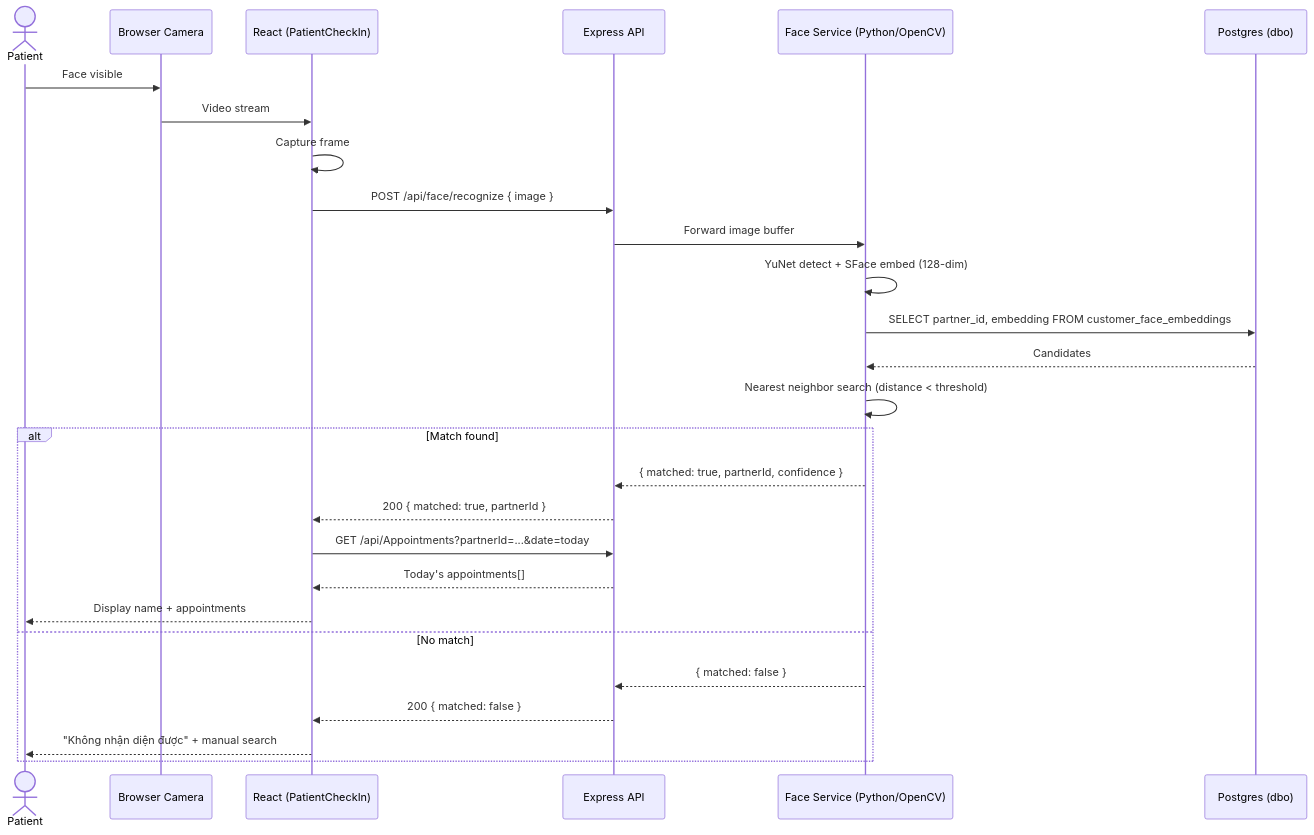
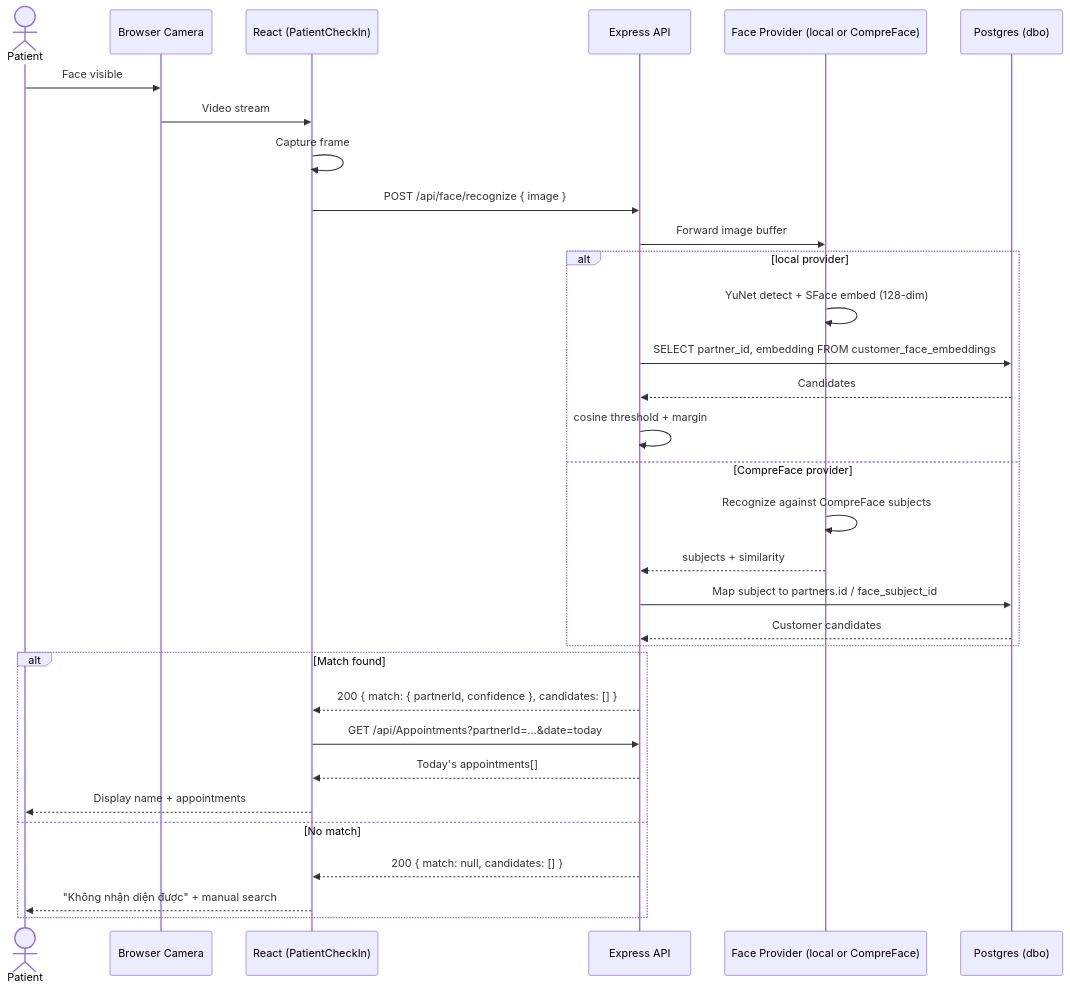
One commit to niiiusburo/Tgroup changed the seventh of 10 diagrams in docs/WORKFLOWS.md. Above: the diagram before and after it, drawn with Mermaid. The commit also changed other lines of this file and 44 other files, not shown here.

Commit message:
feat(face-id): support compreface provider

````diff
--- a/docs/WORKFLOWS.md
+++ b/docs/WORKFLOWS.md
@@ -260,30 +260,35 @@
 ```mermaid
 sequenceDiagram
     actor P as Patient
     participant Cam as Browser Camera
     participant FE as React (PatientCheckIn)
     participant API as Express API
-    participant FS as Face Service (Python/OpenCV)
+    participant FP as Face Provider (local or CompreFace)
     participant DB as Postgres (dbo)
     
     P->>Cam: Face visible
     Cam->>FE: Video stream
     FE->>FE: Capture frame
     FE->>API: POST /api/face/recognize { image }
-    API->>FS: Forward image buffer
-    FS->>FS: YuNet detect + SFace embed (128-dim)
-    FS->>DB: SELECT partner_id, embedding FROM customer_face_embeddings
-    DB-->>FS: Candidates
-    FS->>FS: Nearest neighbor search (distance < threshold)
+    API->>FP: Forward image buffer
+    alt local provider
+        FP->>FP: YuNet detect + SFace embed (128-dim)
+        API->>DB: SELECT partner_id, embedding FROM customer_face_embeddings
+        DB-->>API: Candidates
+        API->>API: cosine threshold + margin
+    else CompreFace provider
+        FP->>FP: Recognize against CompreFace subjects
+        FP-->>API: subjects + similarity
+        API->>DB: Map subject to partners.id / face_subject_id
+        DB-->>API: Customer candidates
+    end
     alt Match found
-        FS-->>API: { matched: true, partnerId, confidence }
-        API-->>FE: 200 { matched: true, partnerId }
+        API-->>FE: 200 { match: { partnerId, confidence }, candidates: [] }
         FE->>API: GET /api/Appointments?partnerId=...&date=today
         API-->>FE: Today's appointments[]
         FE-->>P: Display name + appointments
     else No match
-        FS-->>API: { matched: false }
-        API-->>FE: 200 { matched: false }
+        API-->>FE: 200 { match: null, candidates: [] }
         FE-->>P: "Không nhận diện được" + manual search
     end
 ```
````
